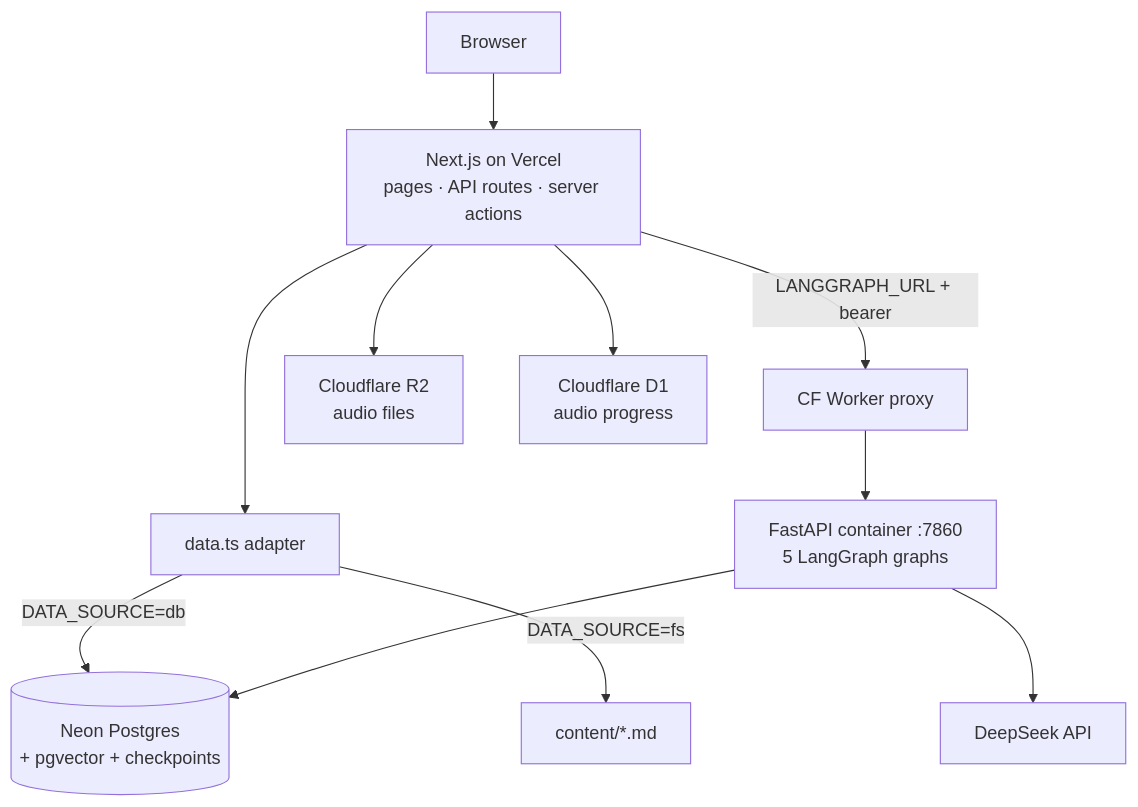
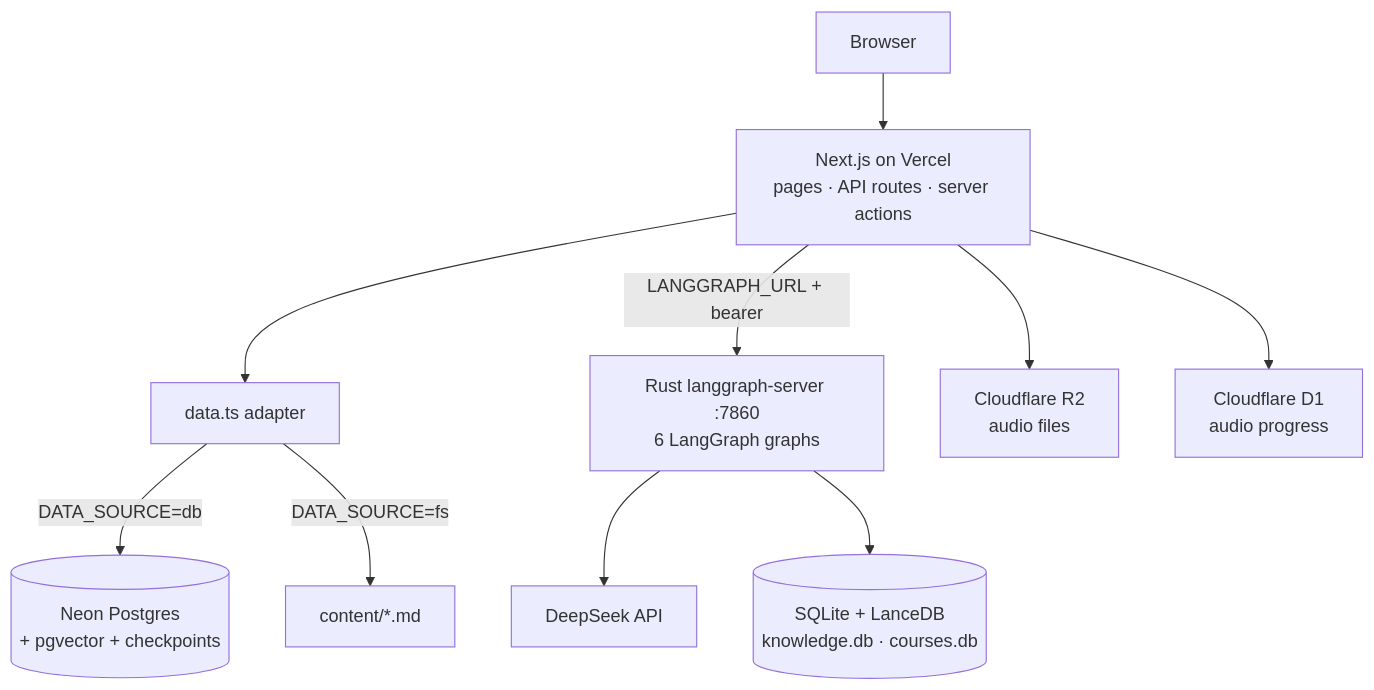
One commit to AshiteshSingh/ai-engineer-roadmap changed the diagram in README.md. Above: the diagram before and after it, drawn with Mermaid. The commit also changed other lines of this file and 36 other files, not shown here.

````diff
--- a/README.md
+++ b/README.md
@@ -73,13 +73,12 @@
 ```mermaid
 graph TD
     Browser --> Next["Next.js on Vercel<br/>pages · API routes · server actions"]
     Next --> Adapter["data.ts adapter"]
     Adapter -->|"DATA_SOURCE=db"| DB[("Neon Postgres<br/>+ pgvector + checkpoints")]
     Adapter -->|"DATA_SOURCE=fs"| FS["content/*.md"]
-    Next -->|"LANGGRAPH_URL + bearer"| Worker["CF Worker proxy"]
-    Worker --> Container["FastAPI container :7860<br/>5 LangGraph graphs"]
-    Container --> DeepSeek["DeepSeek API"]
-    Container --> DB
+    Next -->|"LANGGRAPH_URL + bearer"| Rust["Rust langgraph-server :7860<br/>6 LangGraph graphs"]
+    Rust --> DeepSeek["DeepSeek API"]
+    Rust --> SQLite[("SQLite + LanceDB<br/>knowledge.db · courses.db")]
     Next --> R2["Cloudflare R2<br/>audio files"]
     Next --> D1["Cloudflare D1<br/>audio progress"]
 ```
````
